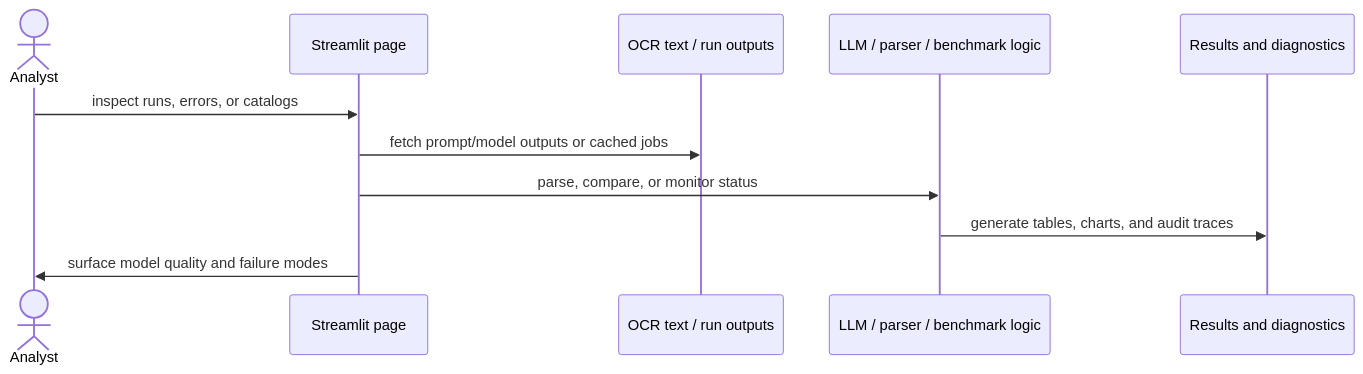
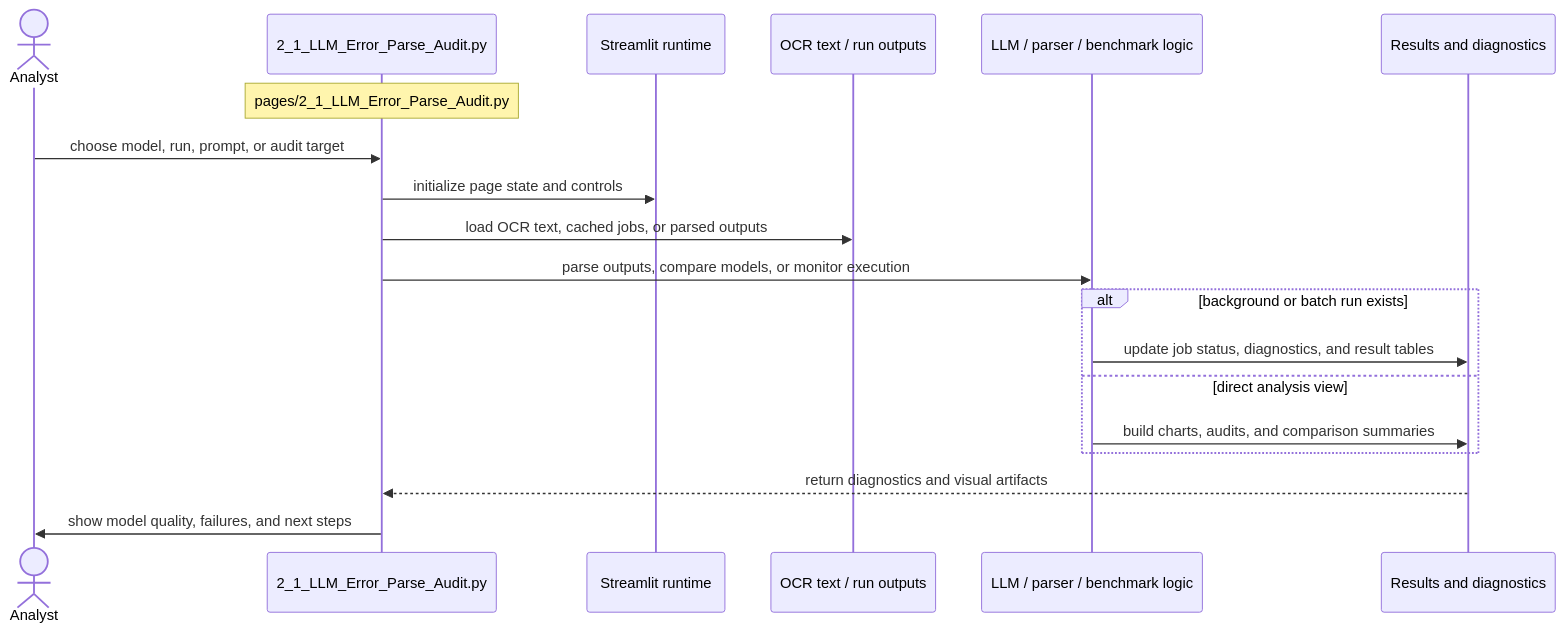
Before and after one commit to darisdzakwanhoesien2/benchmarks: the diagram in new_page/documentation/streamlit_pages/mermaid_sequence_diagram/2_1_LLM_Error_Parse_Audit.md, drawn with Mermaid. The commit also changed other lines of this file and 49 other files, not shown here.

Commit message:
Adding Documentation with Mermaid Sequence Diagram

````diff
--- a/new_page/documentation/streamlit_pages/mermaid_sequence_diagram/2_1_LLM_Error_Parse_Audit.md
+++ b/new_page/documentation/streamlit_pages/mermaid_sequence_diagram/2_1_LLM_Error_Parse_Audit.md
@@ -7,13 +15,21 @@
 ```mermaid
 sequenceDiagram
     actor User as Analyst
-    participant page as Streamlit page
+    participant page as 2_1_LLM_Error_Parse_Audit.py
+    participant runtime as Streamlit runtime
     participant data as OCR text / run outputs
     participant compute as LLM / parser / benchmark logic
     participant output as Results and diagnostics
-    User->>page: inspect runs, errors, or catalogs
-    page->>data: fetch prompt/model outputs or cached jobs
-    page->>compute: parse, compare, or monitor status
-    compute->>output: generate tables, charts, and audit traces
-    page->>User: surface model quality and failure modes
+    Note over page: pages/2_1_LLM_Error_Parse_Audit.py
+    User->>page: choose model, run, prompt, or audit target
+    page->>runtime: initialize page state and controls
+    page->>data: load OCR text, cached jobs, or parsed outputs
+    page->>compute: parse outputs, compare models, or monitor execution
+    alt background or batch run exists
+        compute->>output: update job status, diagnostics, and result tables
+    else direct analysis view
+        compute->>output: build charts, audits, and comparison summaries
+    end
+    output-->>page: return diagnostics and visual artifacts
+    page->>User: show model quality, failures, and next steps
 ```
````
